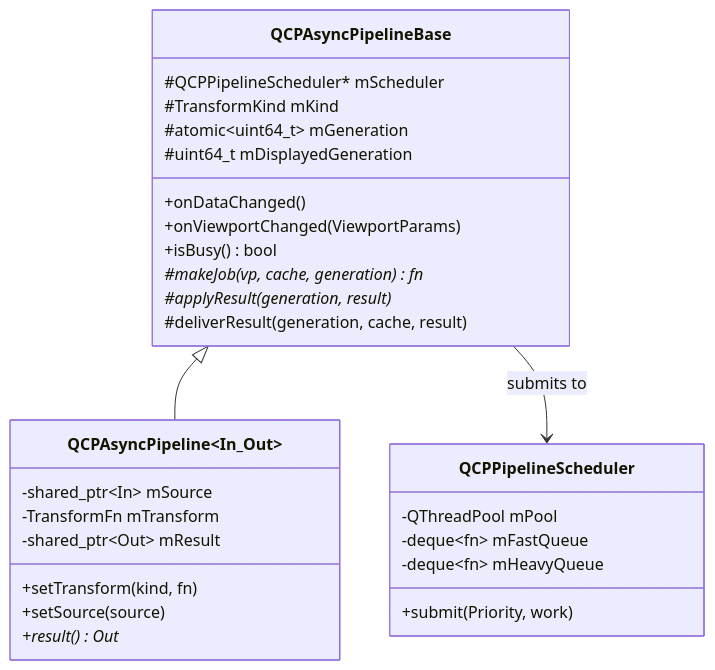
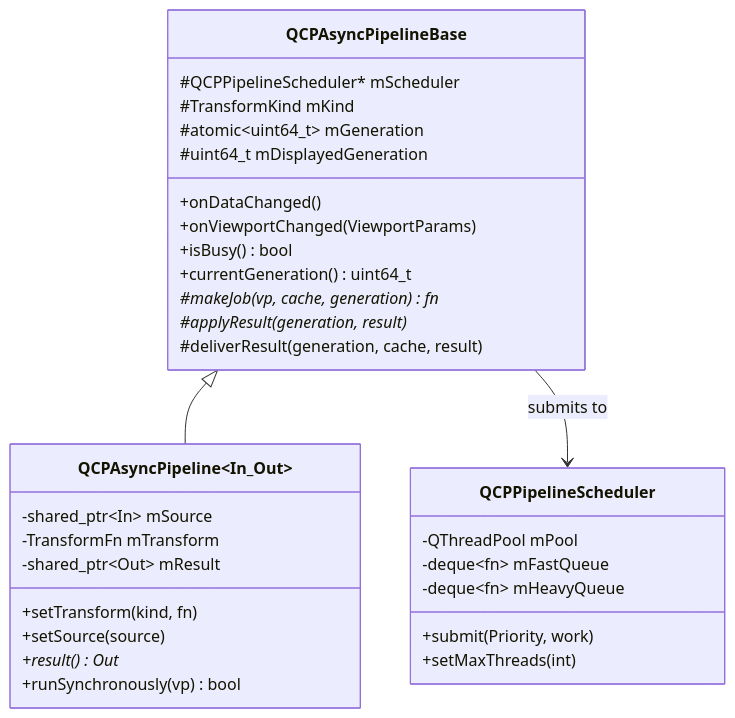
Before and after one commit to SciQLop/NeoQCP: the first of 2 diagrams in docs/architecture/async-pipeline.md, drawn with Mermaid. The commit also changed other lines of this file and 120 other files, not shown here.

````diff
--- a/docs/architecture/async-pipeline.md
+++ b/docs/architecture/async-pipeline.md
@@ -7,34 +16,37 @@
 ```mermaid
 classDiagram
     class QCPPipelineScheduler {
         -QThreadPool mPool
         -deque~fn~ mFastQueue
         -deque~fn~ mHeavyQueue
         +submit(Priority, work)
+        +setMaxThreads(int)
     }
 
     class QCPAsyncPipelineBase {
         #QCPPipelineScheduler* mScheduler
         #TransformKind mKind
         #atomic~uint64_t~ mGeneration
         #uint64_t mDisplayedGeneration
         +onDataChanged()
         +onViewportChanged(ViewportParams)
         +isBusy() bool
+        +currentGeneration() uint64_t
         #makeJob(vp, cache, generation)* fn
         #applyResult(generation, result)*
         #deliverResult(generation, cache, result)
     }
 
     class QCPAsyncPipeline~In_Out~ {
         -shared_ptr~In~ mSource
         -TransformFn mTransform
         -shared_ptr~Out~ mResult
         +setTransform(kind, fn)
         +setSource(source)
         +result() Out*
+        +runSynchronously(vp) bool
     }
 
     QCPAsyncPipelineBase <|-- QCPAsyncPipeline
     QCPAsyncPipelineBase --> QCPPipelineScheduler : submits to
 ```
````
